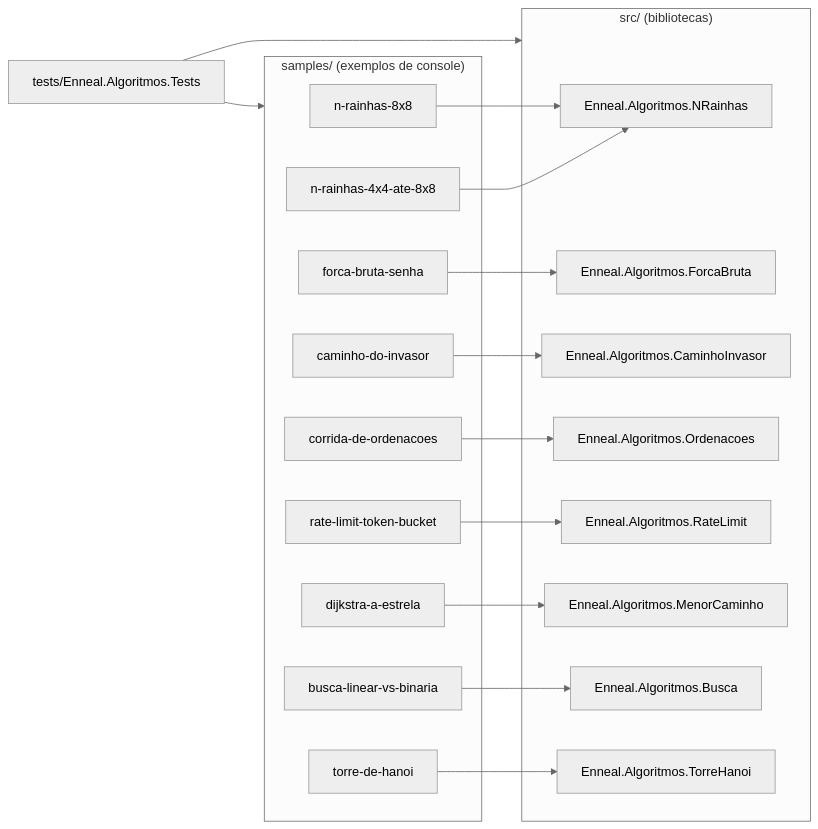
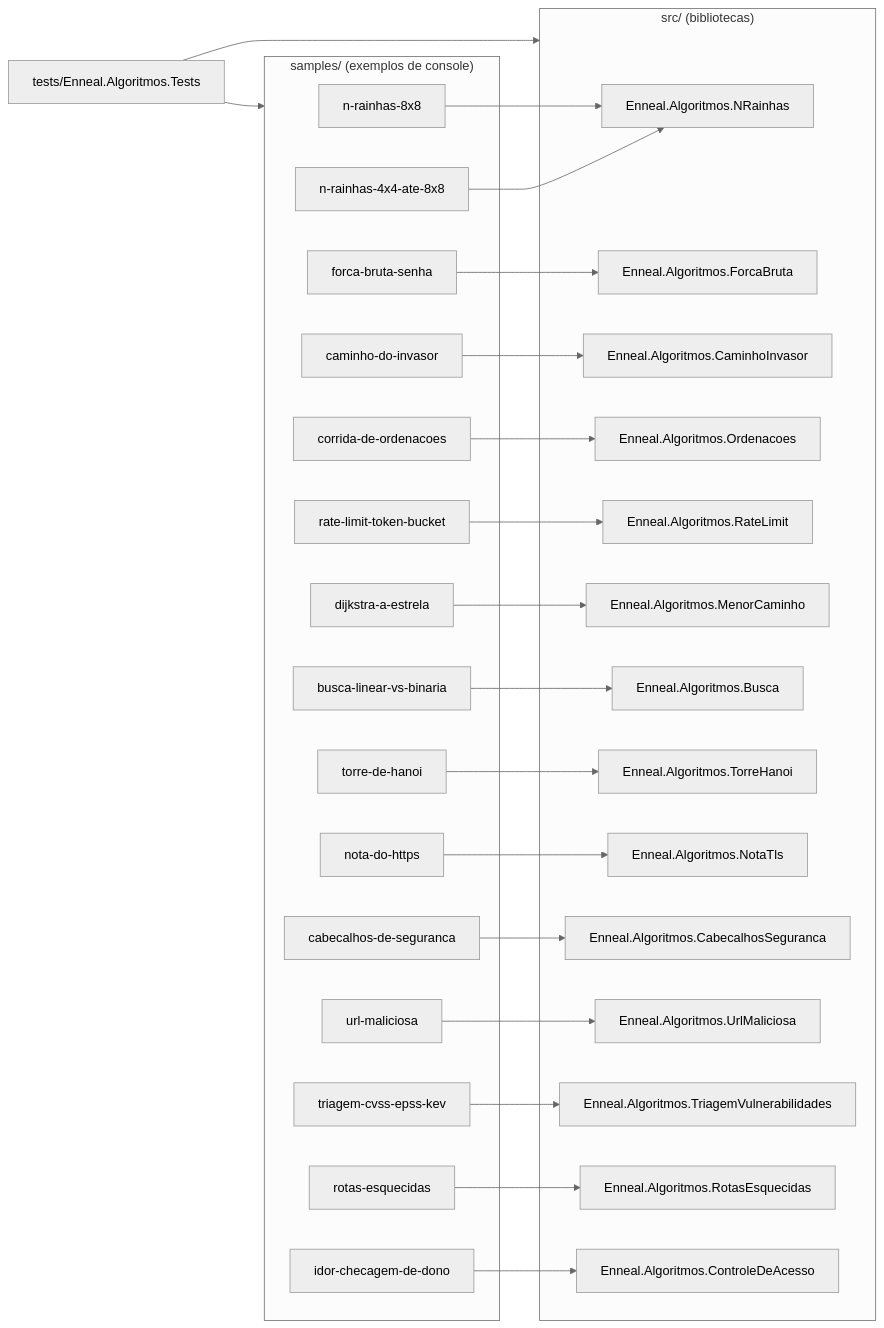
The diagram in docs/arquitetura.md (Edinaldosa2/enneal-algoritmos), drawn with Mermaid (neutral theme) before and after one commit. The commit also changed other lines of this file and 86 other files, not shown here.

First line of the commit message:
Adiciona seis exemplos de segurança defensiva: HTTPS, cabeçalhos, URL, CVEs, rotas e IDOR

````diff
--- a/docs/arquitetura.md
+++ b/docs/arquitetura.md
@@ -14,37 +14,55 @@
 ```mermaid
 flowchart LR
     subgraph src["src/ (bibliotecas)"]
         NR[Enneal.Algoritmos.NRainhas]
         FB[Enneal.Algoritmos.ForcaBruta]
         CI[Enneal.Algoritmos.CaminhoInvasor]
         OR[Enneal.Algoritmos.Ordenacoes]
         RL[Enneal.Algoritmos.RateLimit]
         MC[Enneal.Algoritmos.MenorCaminho]
         BU[Enneal.Algoritmos.Busca]
         TH[Enneal.Algoritmos.TorreHanoi]
+        TL[Enneal.Algoritmos.NotaTls]
+        CS[Enneal.Algoritmos.CabecalhosSeguranca]
+        UM[Enneal.Algoritmos.UrlMaliciosa]
+        TV[Enneal.Algoritmos.TriagemVulnerabilidades]
+        RE[Enneal.Algoritmos.RotasEsquecidas]
+        CA[Enneal.Algoritmos.ControleDeAcesso]
     end
     subgraph samples["samples/ (exemplos de console)"]
         S1[n-rainhas-8x8]
         S2[n-rainhas-4x4-ate-8x8]
         S3[forca-bruta-senha]
         S4[caminho-do-invasor]
         S5[corrida-de-ordenacoes]
         S6[rate-limit-token-bucket]
         S7[dijkstra-a-estrela]
         S8[busca-linear-vs-binaria]
         S9[torre-de-hanoi]
+        S10[nota-do-https]
+        S11[cabecalhos-de-seguranca]
+        S12[url-maliciosa]
+        S13[triagem-cvss-epss-kev]
+        S14[rotas-esquecidas]
+        S15[idor-checagem-de-dono]
     end
     T[tests/Enneal.Algoritmos.Tests]
 
     S1 --> NR
     S2 --> NR
     S3 --> FB
     S4 --> CI
     S5 --> OR
     S6 --> RL
     S7 --> MC
     S8 --> BU
     S9 --> TH
+    S10 --> TL
+    S11 --> CS
+    S12 --> UM
+    S13 --> TV
+    S14 --> RE
+    S15 --> CA
     T --> src
     T --> samples
 ```
````
